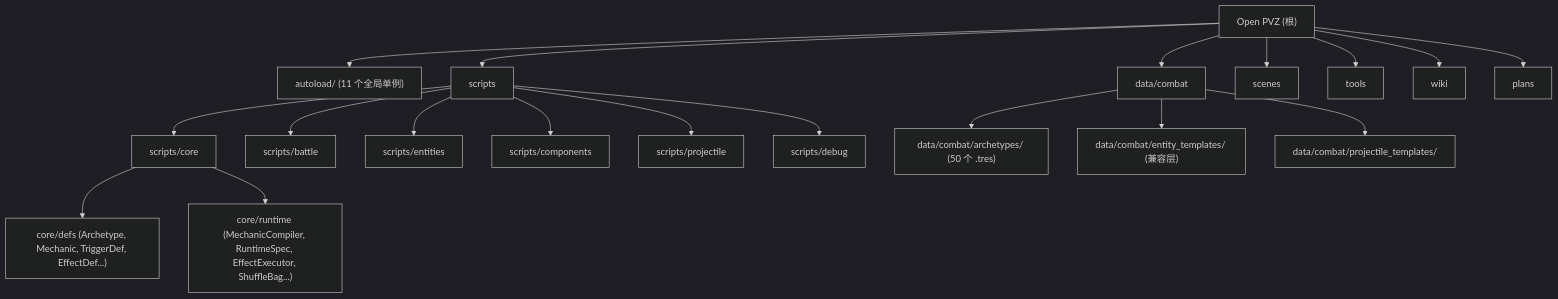
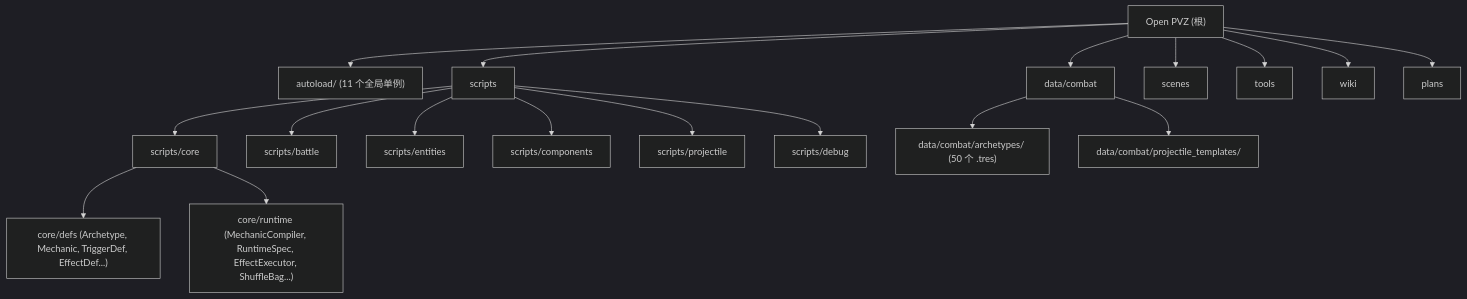
The diagram in AGENTS.md (Abgetrennter/open_pvz), drawn with Mermaid (dark theme) before and after one commit. The commit also changed other lines of this file and 251 other files, not shown here.

````diff
--- a/AGENTS.md
+++ b/AGENTS.md
@@ -73,32 +73,31 @@
 ```mermaid
 graph TD
     Root["Open PVZ (根)"] --> Autoload["autoload/ (11 个全局单例)"]
     Root --> Scripts["scripts"]
     Root --> Data["data/combat"]
     Root --> Scenes["scenes"]
     Root --> Tools["tools"]
     Root --> Wiki["wiki"]
     Root --> Plans["plans"]
 
     Scripts --> Core["scripts/core"]
     Scripts --> Battle["scripts/battle"]
     Scripts --> Entities["scripts/entities"]
     Scripts --> Components["scripts/components"]
     Scripts --> Projectile["scripts/projectile"]
     Scripts --> Debug["scripts/debug"]
 
     Core --> CoreDefs["core/defs (Archetype, Mechanic, TriggerDef, EffectDef...)"]
     Core --> CoreRuntime["core/runtime (MechanicCompiler, RuntimeSpec, EffectExecutor, ShuffleBag...)"]
 
     Data --> Archetypes["data/combat/archetypes/ (50 个 .tres)"]
-    Data --> Templates["data/combat/entity_templates/ (兼容层)"]
     Data --> Projectiles["data/combat/projectile_templates/"]
 
     click Autoload "./autoload/AGENTS.md" "查看 autoload 模块文档"
     click Core "./scripts/core/AGENTS.md" "查看 core 模块文档"
     click Battle "./scripts/battle/AGENTS.md" "查看 battle 模块文档"
     click Entities "./scripts/entities/AGENTS.md" "查看 entities 模块文档"
     click Components "./scripts/components/AGENTS.md" "查看 components 模块文档"
     click Projectile "./scripts/projectile/AGENTS.md" "查看 projectile 模块文档"
     click Data "./data/combat/AGENTS.md" "查看 data/combat 模块文档"
 ```
````
